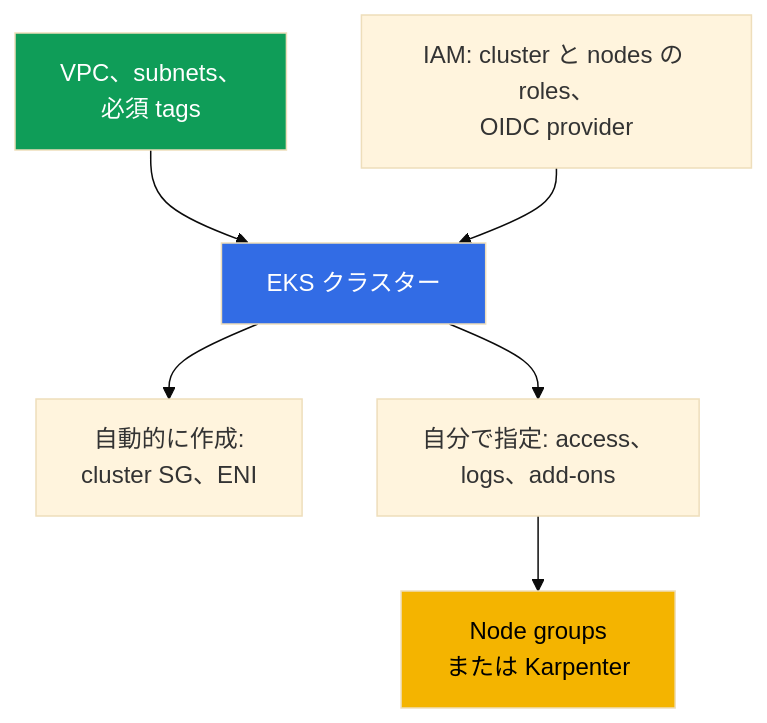
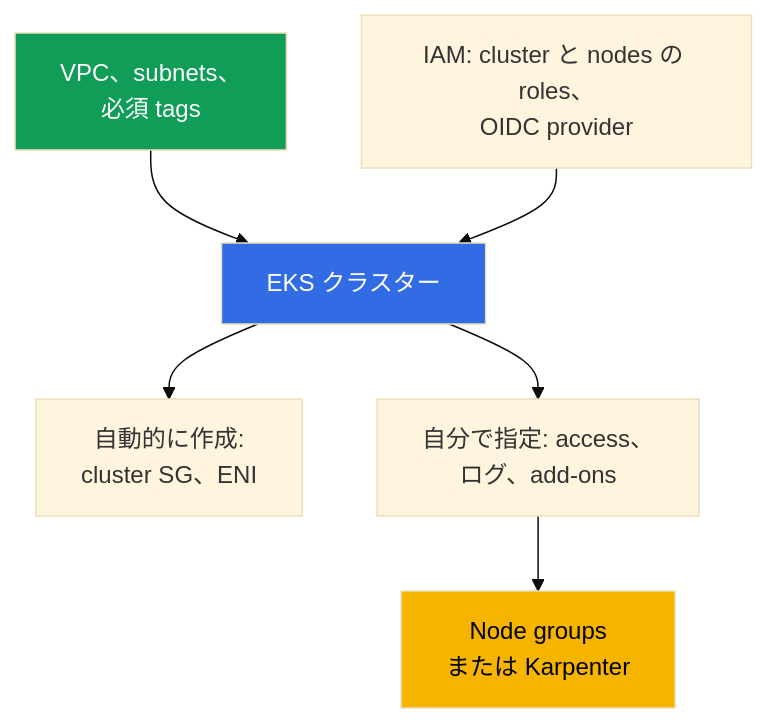
Before and after one commit to ViktorUJ/cks: the first of 2 diagrams in tasks/eks/course/04/jp.md, drawn with Mermaid (base theme). The commit also changed other lines of this file and 534 other files, not shown here.

````diff
--- a/tasks/eks/course/04/jp.md
+++ b/tasks/eks/course/04/jp.md
@@ -22,11 +22,11 @@
 ```mermaid
 flowchart TB
     net["VPC、subnets、<br/>必須 tags"] --> cl["EKS クラスター"]
     iam["IAM: cluster と nodes の roles、<br/>OIDC provider"] --> cl
     cl --> auto["自動的に作成:<br/>cluster SG、ENI"]
-    cl --> you["自分で指定: access、<br/>logs、add-ons"]
+    cl --> you["自分で指定: access、<br/>ログ、add-ons"]
     you --> nodes["Node groups<br/>または Karpenter"]
     style cl fill:#326ce5,color:#fff
     style net fill:#0f9d58,color:#fff
     style nodes fill:#f4b400,color:#000
 ```
````
